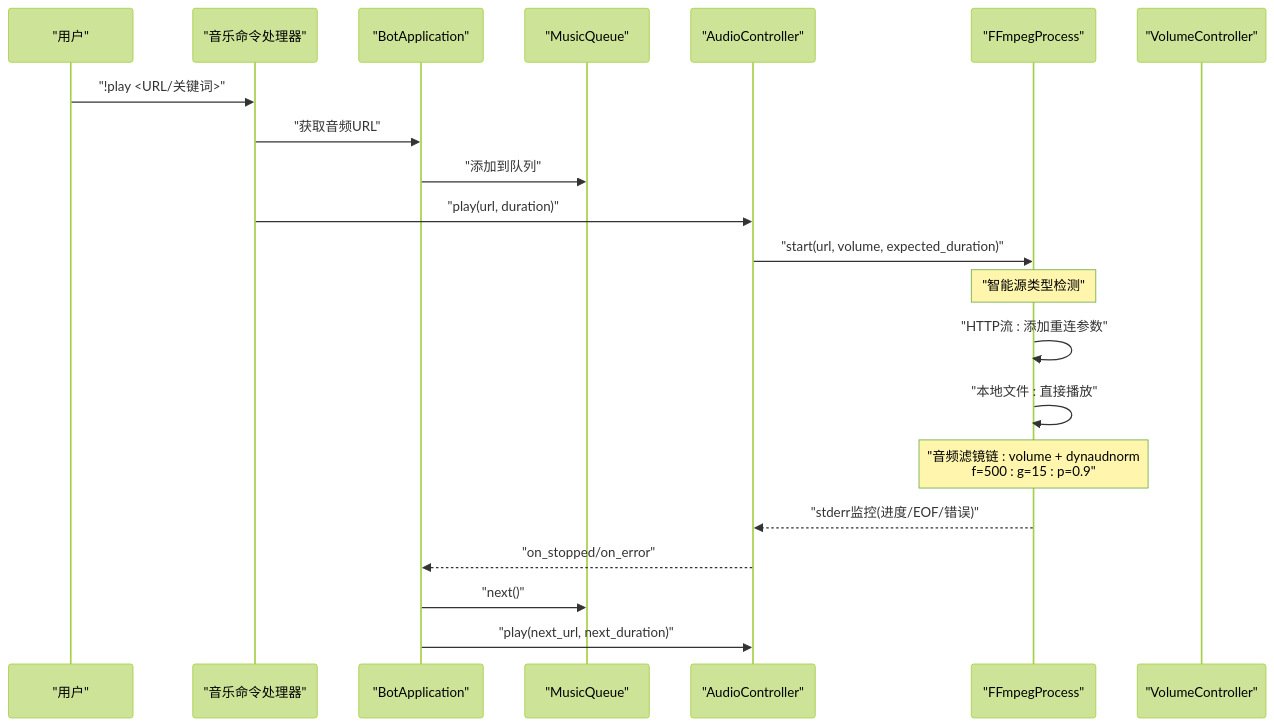
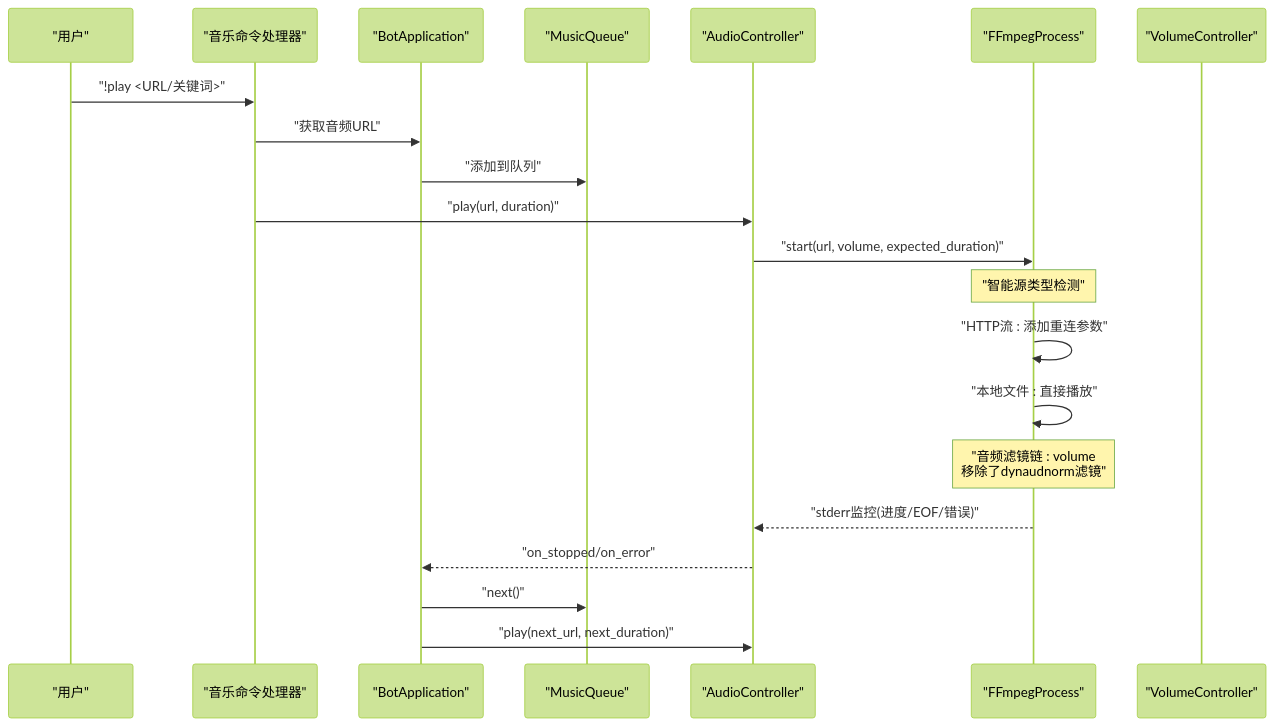
One commit to GhoulOwl/Teamspeak3_Bot changed the second of 8 diagrams in .qoder/repowiki/zh/content/音乐播放系统/FFmpeg集成.md. Above: the diagram before and after it, drawn with Mermaid (forest theme). The commit also changed other lines of this file and 7 other files, not shown here.

````diff
--- a/.qoder/repowiki/zh/content/音乐播放系统/FFmpeg集成.md
+++ b/.qoder/repowiki/zh/content/音乐播放系统/FFmpeg集成.md
@@ -137,23 +141,23 @@
 ```mermaid
 sequenceDiagram
 participant U as "用户"
 participant CMD as "音乐命令处理器"
 participant APP as "BotApplication"
 participant MQ as "MusicQueue"
 participant AC as "AudioController"
 participant FF as "FFmpegProcess"
 participant VC as "VolumeController"
 U->>CMD : "!play <URL/关键词>"
 CMD->>APP : "获取音频URL"
 APP->>MQ : "添加到队列"
 CMD->>AC : "play(url, duration)"
 AC->>FF : "start(url, volume, expected_duration)"
 Note over FF : "智能源类型检测"
 FF->>FF : "HTTP流 : 添加重连参数"
 FF->>FF : "本地文件 : 直接播放"
-Note over FF : "音频滤镜链 : volume + dynaudnorm<br/>f=500 : g=15 : p=0.9"
+Note over FF : "音频滤镜链 : volume<br/>移除了dynaudnorm滤镜"
 FF-->>AC : "stderr监控(进度/EOF/错误)"
 AC-->>APP : "on_stopped/on_error"
 APP->>MQ : "next()"
 APP->>AC : "play(next_url, next_duration)"
 ```
````
